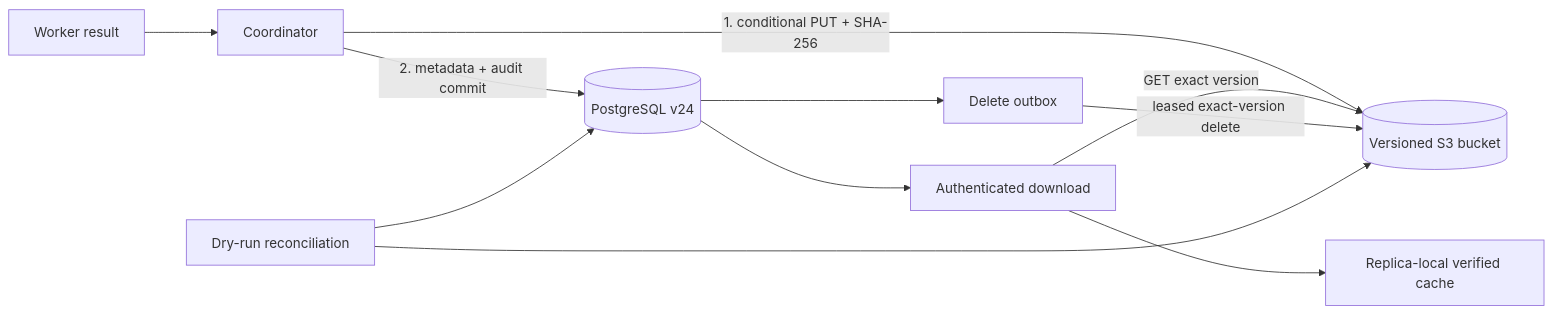
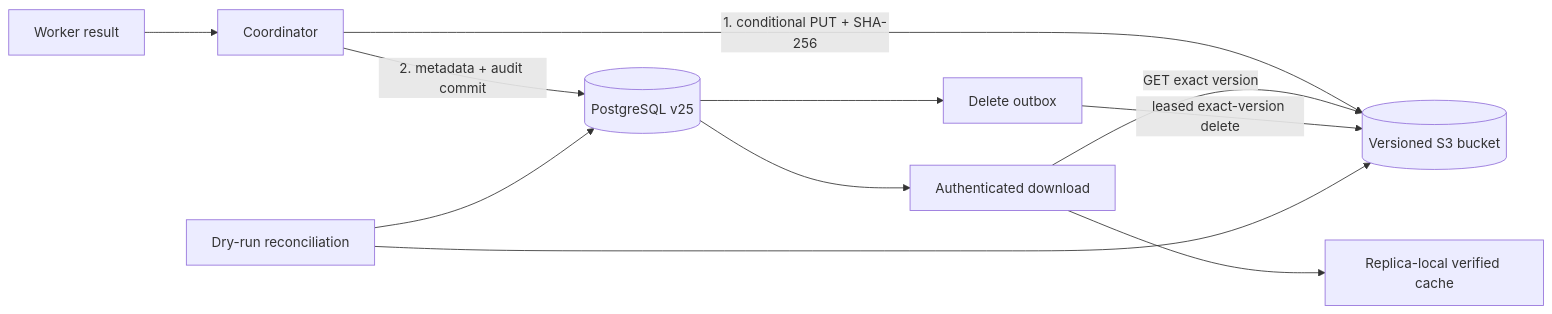
The diagram in docs/s3-artifact-store-lifecycle.md (Solutions-of-Security/Agat), drawn with Mermaid before and after one commit. The commit also changed other lines of this file and 45 other files, not shown here.

````diff
--- a/docs/s3-artifact-store-lifecycle.md
+++ b/docs/s3-artifact-store-lifecycle.md
@@ -15,13 +15,13 @@
 ```mermaid
 flowchart LR
   W[Worker result] --> C[Coordinator]
   C -->|1. conditional PUT + SHA-256| S3[(Versioned S3 bucket)]
-  C -->|2. metadata + audit commit| PG[(PostgreSQL v24)]
+  C -->|2. metadata + audit commit| PG[(PostgreSQL v25)]
   PG --> DL[Authenticated download]
   DL -->|GET exact version| S3
   DL --> CACHE[Replica-local verified cache]
   PG --> OUT[Delete outbox]
   OUT -->|leased exact-version delete| S3
   REC[Dry-run reconciliation] --> PG
   REC --> S3
 ```
````
